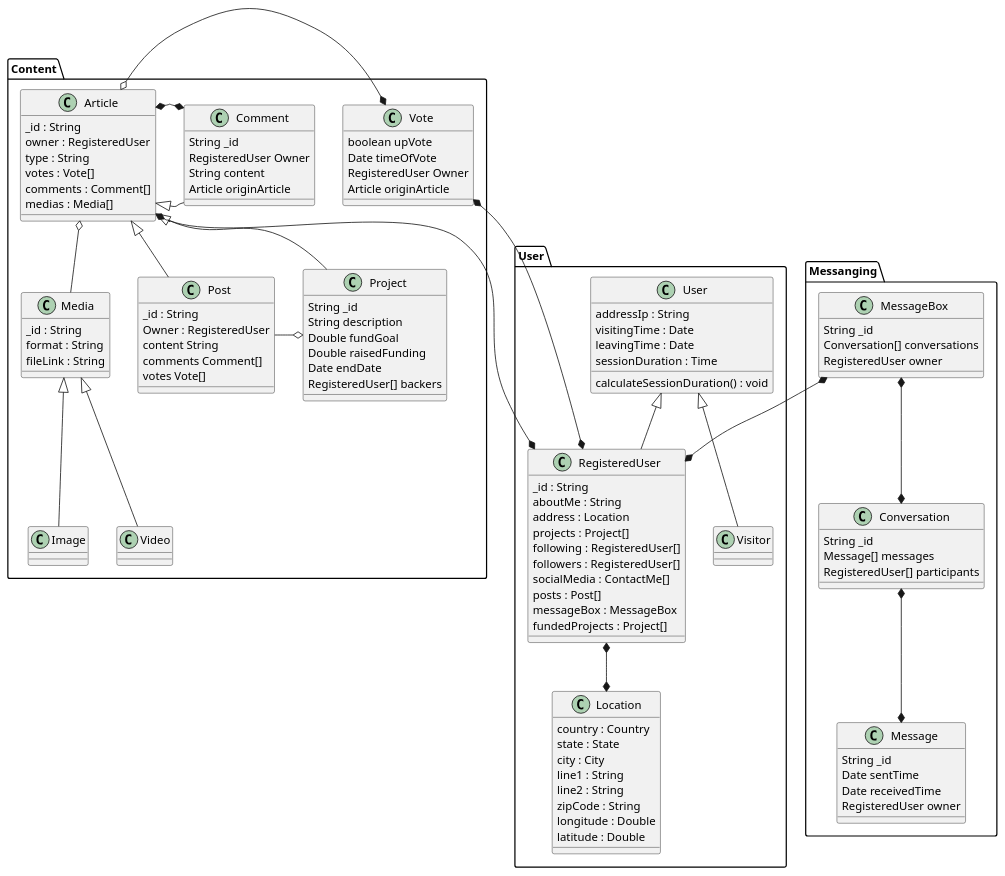
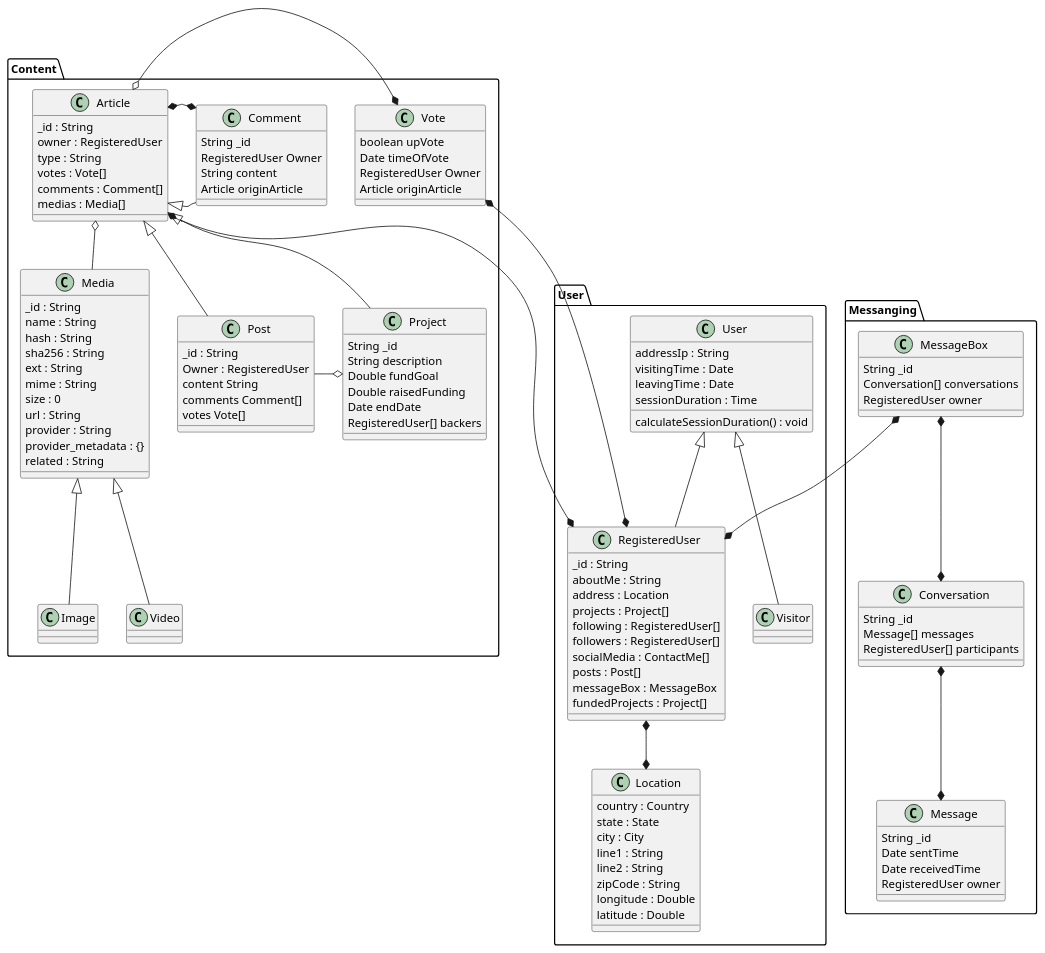
One commit to mlnomadpy/Sahem changed the diagram in Conception/Diagrams/plantUml/Class Diagrams/User.puml. Above: the diagram before and after it, drawn with PlantUML. The commit also changed 4 other files, not shown here.

```diff
--- a/Conception/Diagrams/plantUml/Class Diagrams/User.puml
+++ b/Conception/Diagrams/plantUml/Class Diagrams/User.puml
@@ -1,135 +1,142 @@
 @startuml User
-
-
-
-
-
 
 
 package Content{
     class Post extends Article{
         _id : String
         Owner : RegisteredUser
         content String
         comments Comment[]
         votes Vote[]
     }
     class Vote{
         boolean upVote
         Date timeOfVote
         RegisteredUser Owner
         Article originArticle
     }
     class Project extends Article{
         String _id
         String description
         Double fundGoal
         Double raisedFunding
         Date endDate
         RegisteredUser[] backers
     }
 
     class Comment extends Article{
         String _id
         RegisteredUser Owner
         String content
         Article originArticle
     }
     class Article{
         _id : String
         owner : RegisteredUser
         type : String
         votes : Vote[]
         comments : Comment[]
         medias : Media[]
     }
     class Media{
         _id : String
-        format : String
-        fileLink : String
+        name : String
+        hash : String
+        sha256 : String
+        ext : String
+        mime : String
+        size : 0
+        url : String
+        provider : String
+        provider_metadata : {}
+        related : String
+
+
     }
     class Image extends Media{
 
     }
     class Video extends Media{
 
     }
     Article o-* Vote
     Article *-right-* Comment
     Project o-left- Post
     Article o-- Media
-    
+
 }
 package Messanging {
 
     class MessageBox{
         String _id
         Conversation[] conversations
         RegisteredUser owner
     }
     class Conversation{
         String _id
         Message[] messages
         RegisteredUser[] participants
     }
     class Message{
         String _id
         Date sentTime
         Date receivedTime
         RegisteredUser owner
     }
 
 
 }
+
 package User{
 
     class User {
         addressIp : String
         visitingTime : Date
         leavingTime : Date
         sessionDuration : Time
 
         calculateSessionDuration() : void
     }
 
 
     class RegisteredUser extends User{
         _id : String
         aboutMe : String
         address : Location
         projects : Project[]
         following : RegisteredUser[]
         followers : RegisteredUser[]
         socialMedia : ContactMe[]
         posts : Post[]
         messageBox : MessageBox
         fundedProjects : Project[]
 
     }
     class Visitor extends User{
     }
     class Location{
         country : Country
         state : State
         city : City
         line1 : String
         line2 : String
         zipCode : String
         longitude : Double
         latitude : Double
     }
 }
-MessageBox  *--*  RegisteredUser
 
 
+
+MessageBox  *--*  RegisteredUser
 
 Article  *--*  RegisteredUser
 
 RegisteredUser *--* Location
 Vote  *---*  RegisteredUser
 
 MessageBox  *-down-*  Conversation
 Message  *-up-*  Conversation
 
 
 @enduml
```
